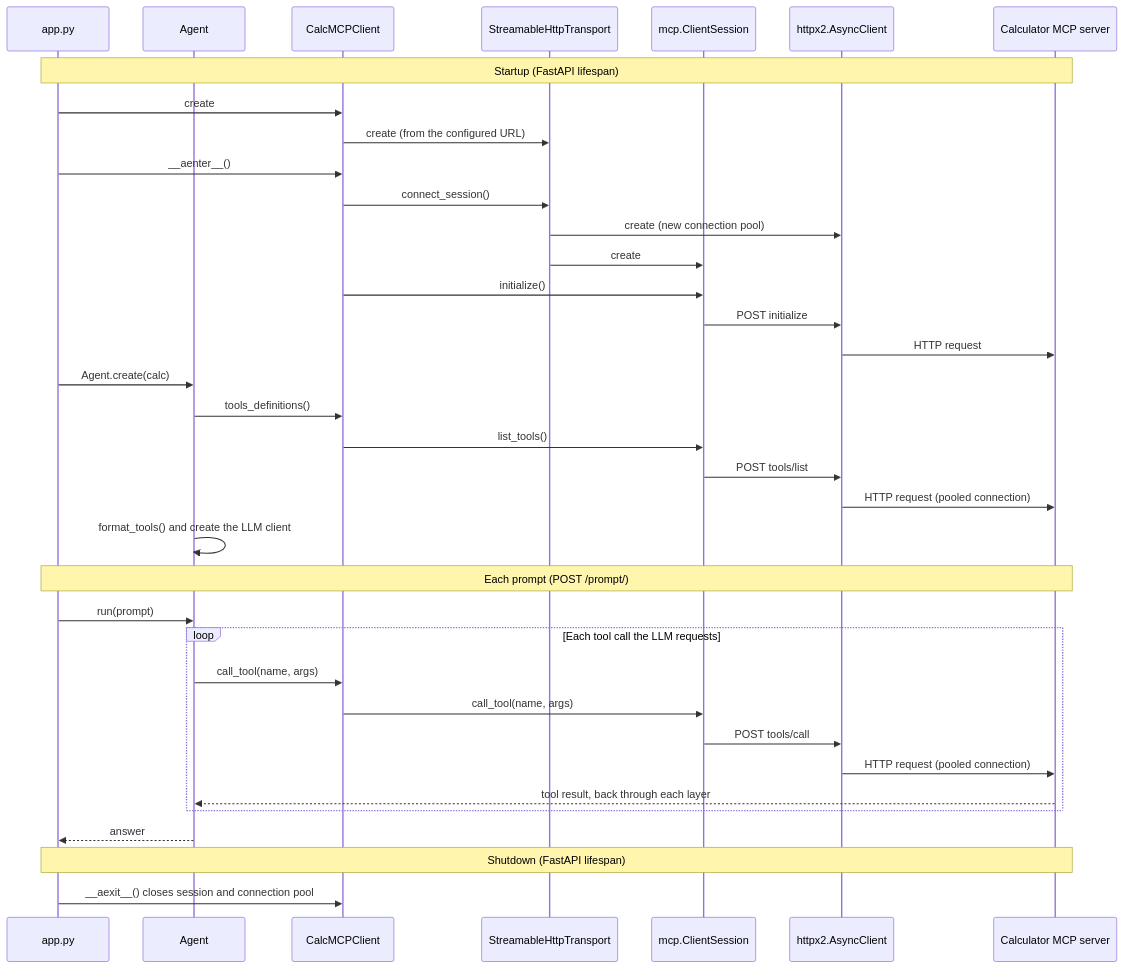
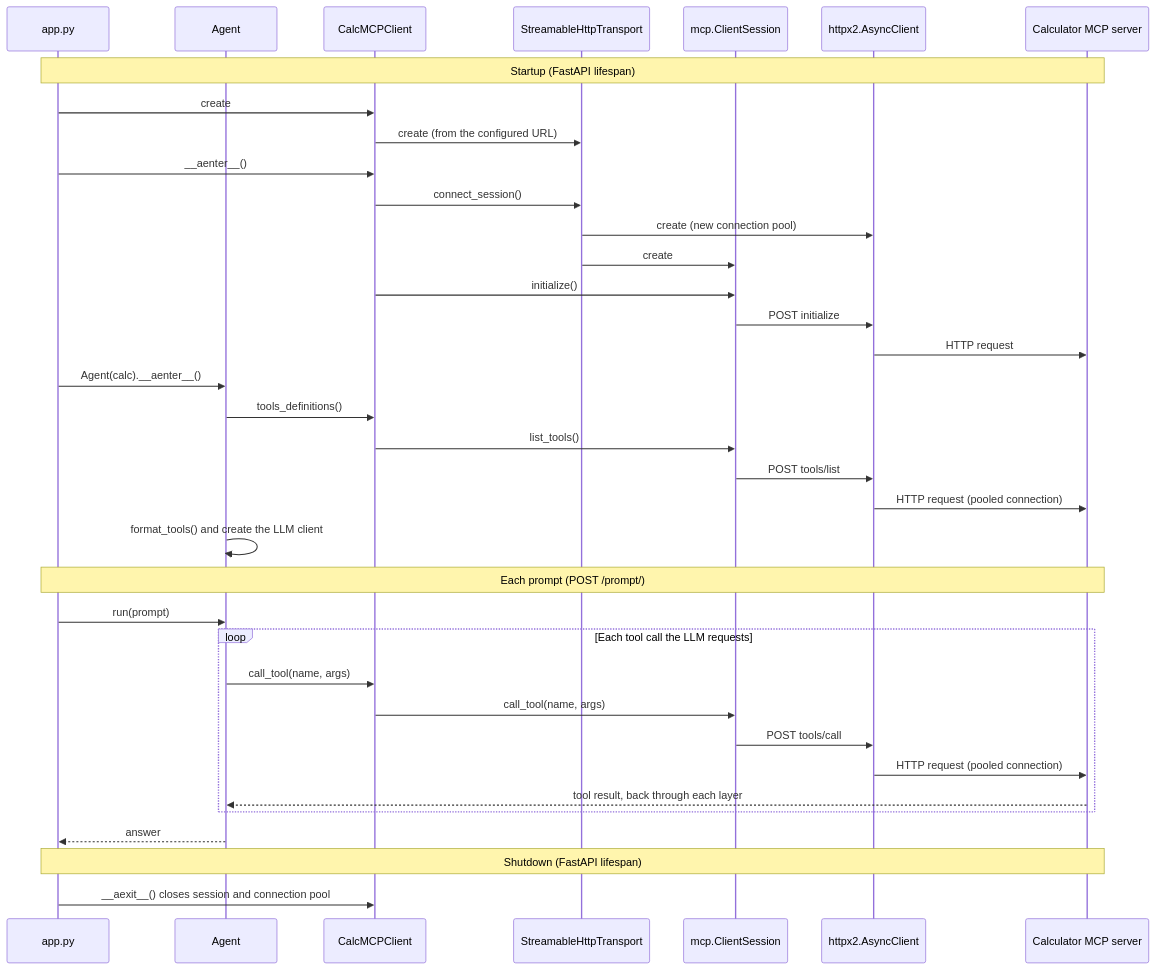
The diagram in docs/SEQUENCE_DIAGRAM.md (rubensgomes-org/math-ai-agent), drawn with Mermaid before and after one commit. The commit also changed 13 other files, not shown here.

````diff
--- a/docs/SEQUENCE_DIAGRAM.md
+++ b/docs/SEQUENCE_DIAGRAM.md
@@ -11,41 +11,41 @@
 ```mermaid
 sequenceDiagram
     participant App as app.py
     participant Agent
     participant Client as CalcMCPClient
     participant Transport as StreamableHttpTransport
     participant Session as mcp.ClientSession
     participant Http as httpx2.AsyncClient
     participant Server as Calculator MCP server
 
     Note over App,Server: Startup (FastAPI lifespan)
     App->>Client: create
     Client->>Transport: create (from the configured URL)
     App->>Client: __aenter__()
     Client->>Transport: connect_session()
     Transport->>Http: create (new connection pool)
     Transport->>Session: create
     Client->>Session: initialize()
     Session->>Http: POST initialize
     Http->>Server: HTTP request
-    App->>Agent: Agent.create(calc)
+    App->>Agent: Agent(calc).__aenter__()
     Agent->>Client: tools_definitions()
     Client->>Session: list_tools()
     Session->>Http: POST tools/list
     Http->>Server: HTTP request (pooled connection)
     Agent->>Agent: format_tools() and create the LLM client
 
     Note over App,Server: Each prompt (POST /prompt/)
     App->>Agent: run(prompt)
     loop Each tool call the LLM requests
         Agent->>Client: call_tool(name, args)
         Client->>Session: call_tool(name, args)
         Session->>Http: POST tools/call
         Http->>Server: HTTP request (pooled connection)
         Server-->>Agent: tool result, back through each layer
     end
     Agent-->>App: answer
 
     Note over App,Server: Shutdown (FastAPI lifespan)
     App->>Client: __aexit__() closes session and connection pool
 ```
````
